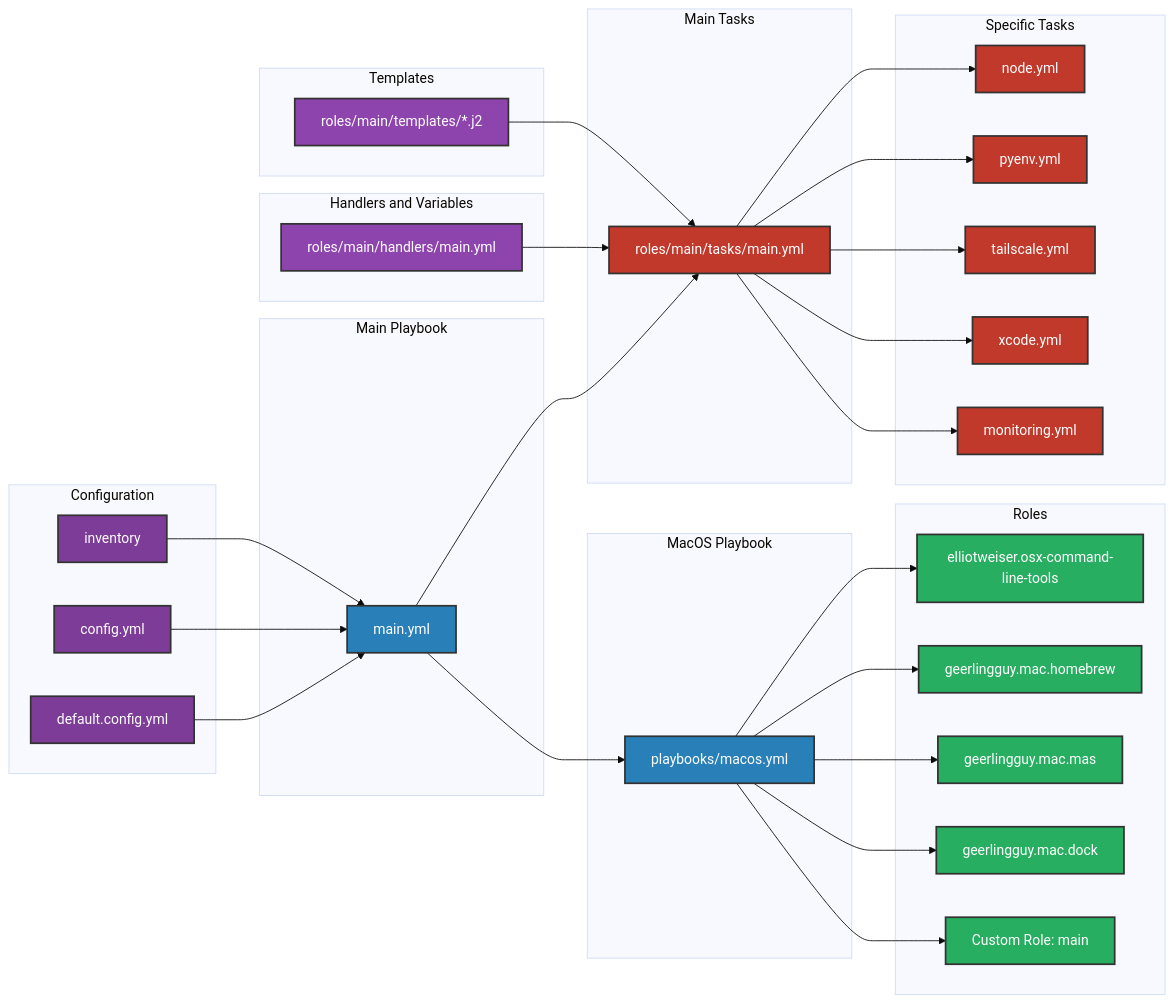
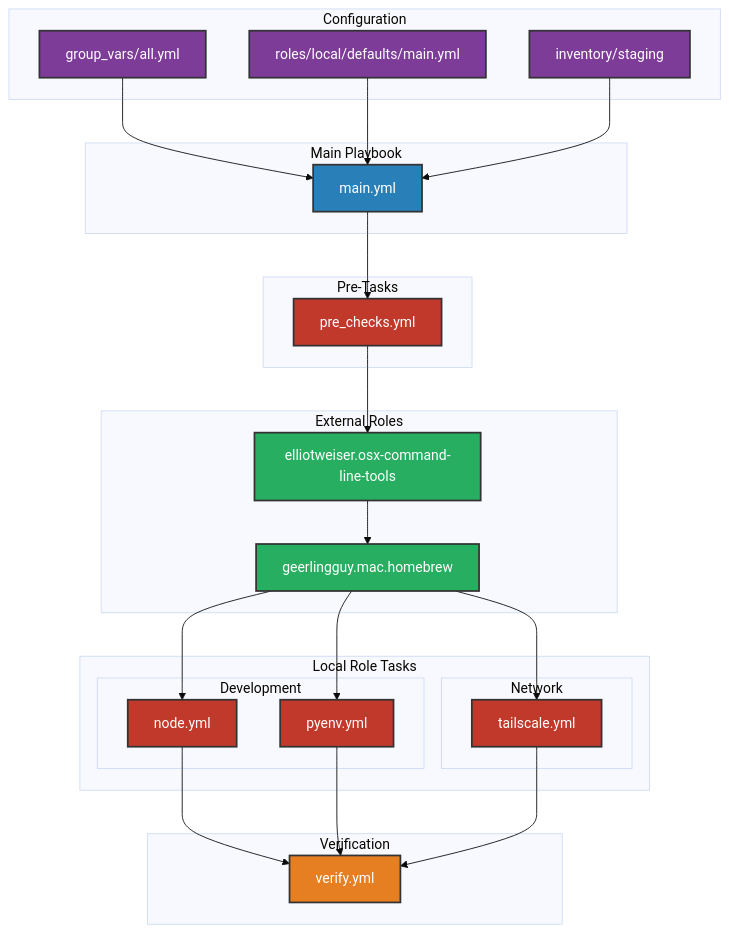
The diagram in docs/WORKFLOW.md (orangeadmtl/oaAnsible), drawn with Mermaid (base theme) before and after one commit. The commit also changed other lines of this file and 27 other files, not shown here.

````diff
--- a/docs/WORKFLOW.md
+++ b/docs/WORKFLOW.md
@@ -3,72 +3,57 @@
 ```mermaid
-graph LR
+graph TB
     classDef configFile fill:#7D3C98,color:#fff,stroke:#333,stroke-width:2px;
     classDef playbook fill:#2980B9,color:#fff,stroke:#333,stroke-width:2px;
     classDef role fill:#27AE60,color:#fff,stroke:#333,stroke-width:2px;
     classDef task fill:#C0392B,color:#fff,stroke:#333,stroke-width:2px;
-    classDef handlers fill:#8E44AD,color:#fff,stroke:#333,stroke-width:2px;
+    classDef verify fill:#E67E22,color:#fff,stroke:#333,stroke-width:2px;
 
     subgraph Configuration
-        O[default.config.yml]:::configFile
-        P[config.yml]:::configFile
-        Q[inventory]:::configFile
+        O[group_vars/all.yml]:::configFile
+        P[roles/local/defaults/main.yml]:::configFile
+        Q[inventory/staging]:::configFile
     end
 
     subgraph Main Playbook
         A[main.yml]:::playbook
     end
 
-    subgraph MacOS Playbook
-        B[playbooks/macos.yml]:::playbook
+    subgraph Pre-Tasks
+        PreC[pre_checks.yml]:::task
     end
 
-    subgraph Roles
+    subgraph External Roles
         D[elliotweiser.osx-command-line-tools]:::role
         E[geerlingguy.mac.homebrew]:::role
-        F[geerlingguy.mac.mas]:::role
-        G[geerlingguy.mac.dock]:::role
-        Z[Custom Role: main]:::role
     end
 
-    subgraph Main Tasks
-        C[roles/main/tasks/main.yml]:::task
+    subgraph Local Role Tasks
+        subgraph Development
+            H[node.yml]:::task
+            I[pyenv.yml]:::task
+        end
+        
+        subgraph Network
+            J[tailscale.yml]:::task
+        end
     end
 
-    subgraph Specific Tasks
-        H[node.yml]:::task
-        I[pyenv.yml]:::task
-        J[tailscale.yml]:::task
-        K[xcode.yml]:::task
-        M[monitoring.yml]:::task
-    end
-
-    subgraph Handlers and Variables
-        R[roles/main/handlers/main.yml]:::handlers
-    end
-
-    subgraph Templates
-        T[roles/main/templates/*.j2]:::handlers
+    subgraph Verification
+        V[verify.yml]:::verify
     end
 
     O --> A
     P --> A
     Q --> A
 
-    A --> B
-    A --> C
+    A --> PreC
+    PreC --> D
+    D --> E
+    E --> H
+    E --> I
+    E --> J
 
-    B --> D
-    B --> E
-    B --> F
-    B --> G
-    B --> Z
-
-    C --> H
-    C --> I
-    C --> J
-    C --> K
-    C --> M
-
-    R --> C
-    T --> C
+    H --> V
+    I --> V
+    J --> V
 ```
````
